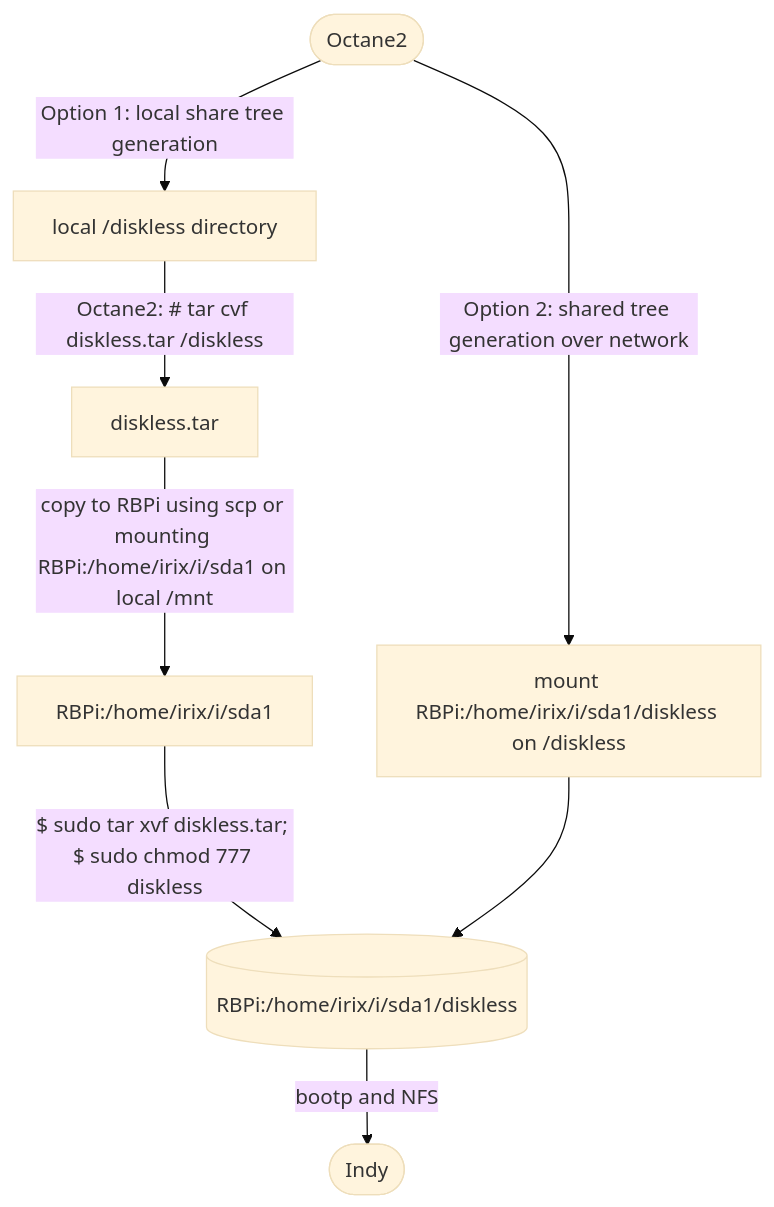
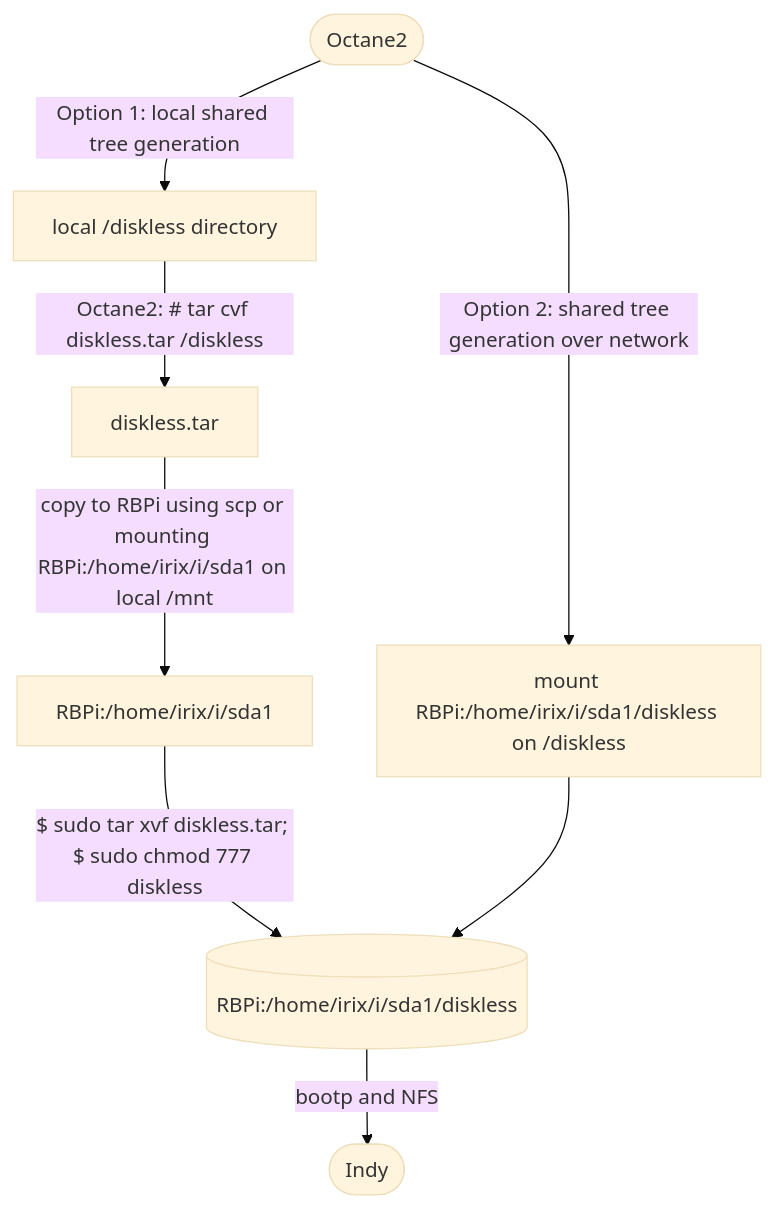
The second of 3 diagrams in README.md (Linux-RISC/IRIX-diskless-workstation), drawn with Mermaid (base theme) before and after one commit. The commit also changed other lines of this file, not shown here.

````diff
--- a/README.md
+++ b/README.md
@@ -68,7 +68,7 @@
 ```mermaid
 graph TD;
-    Octane2([Octane2])--Option 1: local share tree generation-->local_diskless[local /diskless directory]--Octane2: # tar cvf diskless.tar /diskless-->diskless.tar;
+    Octane2([Octane2])--Option 1: local shared tree generation-->local_diskless[local /diskless directory]--Octane2: # tar cvf diskless.tar /diskless-->diskless.tar;
     diskless.tar--copy to RBPi using scp or mounting RBPi:/home/irix/i/sda1 on local /mnt-->RBPi:/home/irix/i/sda1--"$ sudo tar xvf diskless.tar; $ sudo chmod 777 diskless"-->RBPi[(RBPi:/home/irix/i/sda1/diskless)];
    Octane2([Octane2])--Option 2: shared tree generation over network-->mount_RBPi[mount RBPi:/home/irix/i/sda1/diskless on /diskless]-->RBPi[(RBPi:/home/irix/i/sda1/diskless)];
    RBPi[(RBPi:/home/irix/i/sda1/diskless)]--bootp and NFS-->Indy([Indy]);
 ```
````
